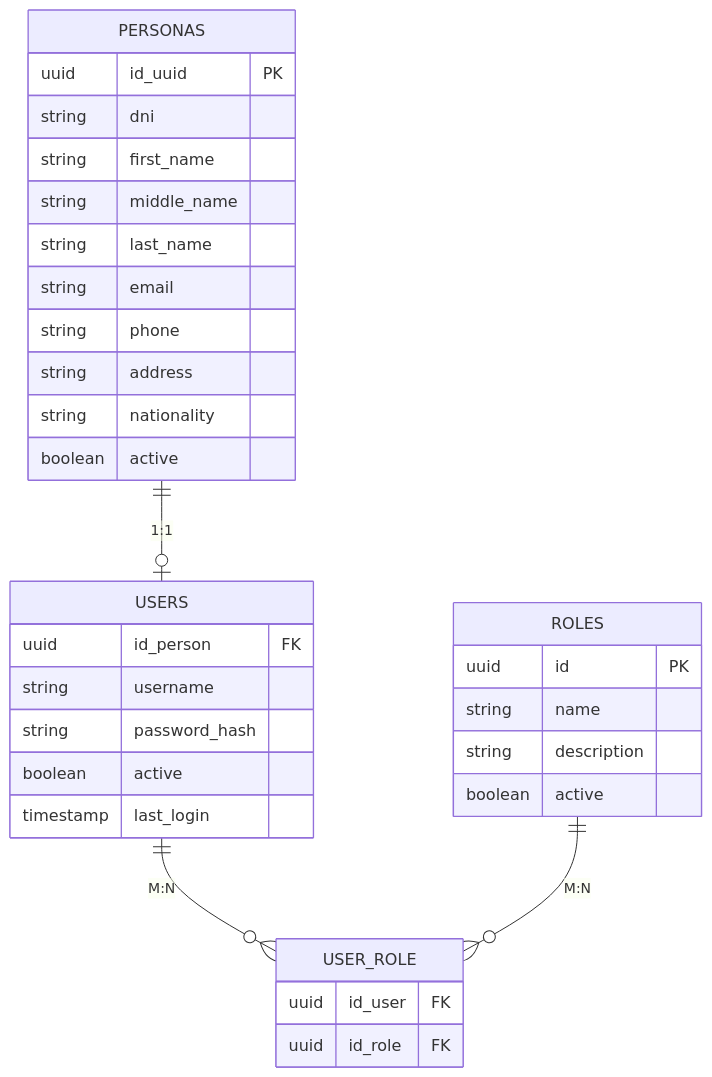
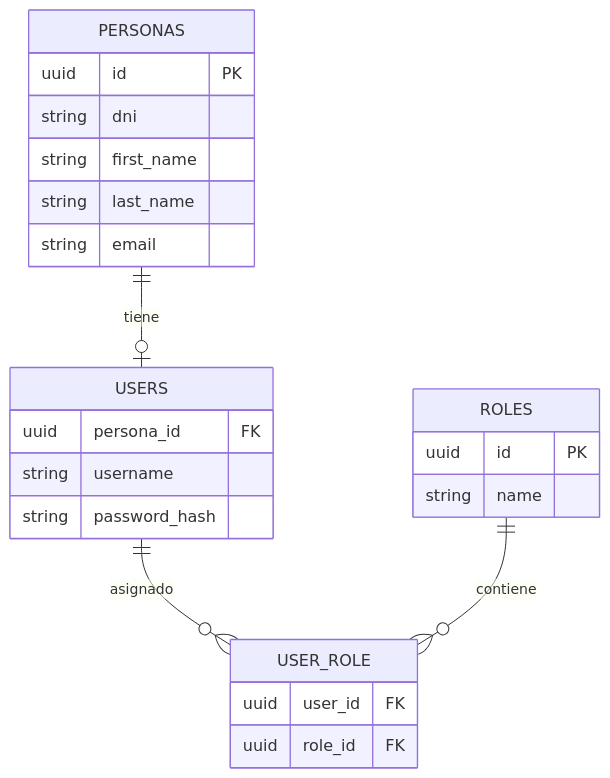
One commit to AMVMesias/Distribuidas-PC2 changed the third of 7 diagrams in README.md. Above: the diagram before and after it, drawn with Mermaid. The commit also changed other lines of this file and 1 other file, not shown here.

````diff
--- a/README.md
+++ b/README.md
@@ -356,39 +356,26 @@
 ```mermaid
 erDiagram
-    PERSONAS ||--o| USERS : "1:1"
-    USERS ||--o{ USER_ROLE : "M:N"
-    ROLES ||--o{ USER_ROLE : "M:N"
-
+    PERSONAS ||--o| USERS : tiene
+    USERS ||--o{ USER_ROLE : asignado
+    ROLES ||--o{ USER_ROLE : contiene
     PERSONAS {
-        uuid id_uuid PK
+        uuid id PK
         string dni
         string first_name
-        string middle_name
         string last_name
         string email
-        string phone
-        string address
-        string nationality
-        boolean active
     }
-
     USERS {
-        uuid id_person FK
+        uuid persona_id FK
         string username
         string password_hash
-        boolean active
-        timestamp last_login
     }
-
     ROLES {
         uuid id PK
         string name
-        string description
-        boolean active
     }
-
     USER_ROLE {
-        uuid id_user FK
-        uuid id_role FK
+        uuid user_id FK
+        uuid role_id FK
     }
 ```
````
